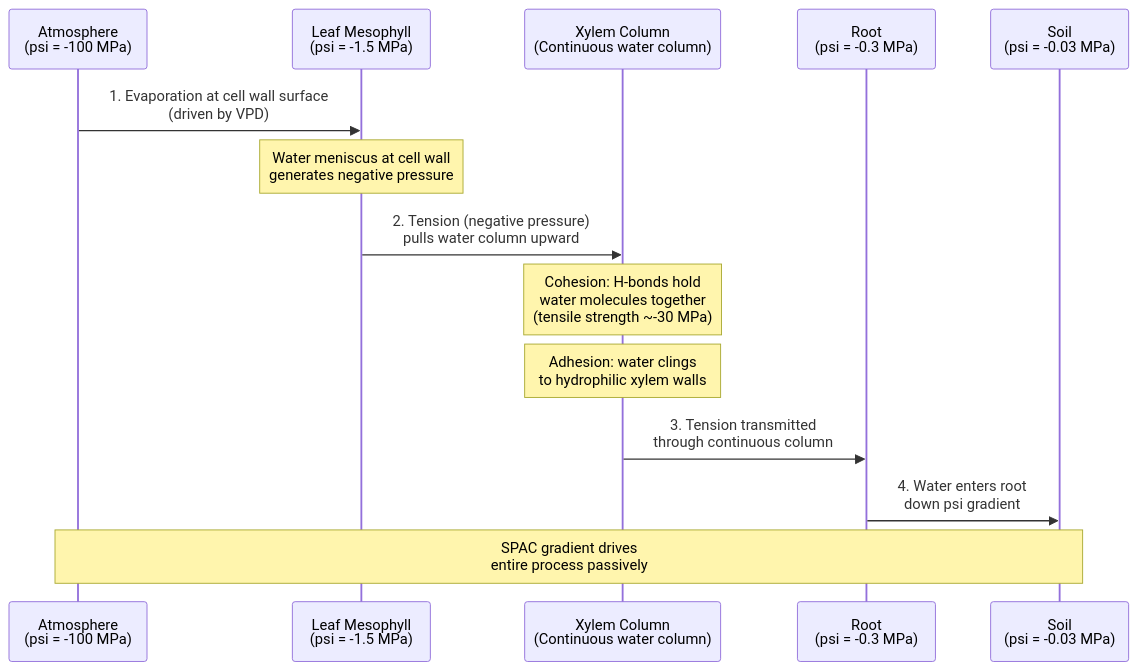
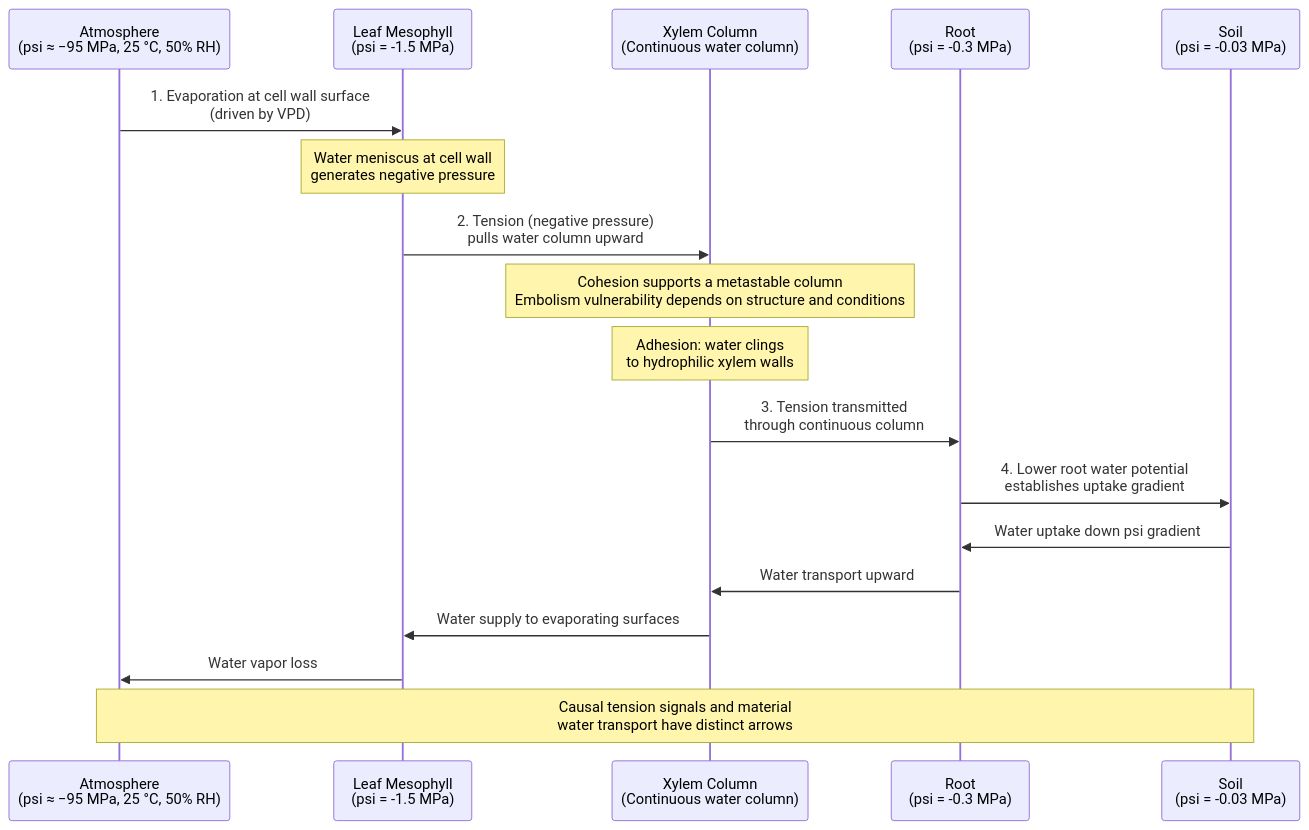
Before and after one commit to docxology/biology_textbook: the fourth of 6 diagrams in docs/manuscript/unit_VIII/plant_structure_and_water.md, drawn with Mermaid. The commit also changed other lines of this file and 444 other files, not shown here.

````diff
--- a/docs/manuscript/unit_VIII/plant_structure_and_water.md
+++ b/docs/manuscript/unit_VIII/plant_structure_and_water.md
@@ -406,17 +408,21 @@
 ```mermaid
 sequenceDiagram
-    participant Atm as Atmosphere<br/>(psi = -100 MPa)
+    participant Atm as Atmosphere<br/>(psi ≈ −95 MPa, 25 °C, 50% RH)
     participant Leaf as Leaf Mesophyll<br/>(psi = -1.5 MPa)
     participant Xylem as Xylem Column<br/>(Continuous water column)
     participant Root as Root<br/>(psi = -0.3 MPa)
     participant Soil as Soil<br/>(psi = -0.03 MPa)
 
     Atm->>Leaf: 1. Evaporation at cell wall surface<br/>(driven by VPD)
     Note over Leaf: Water meniscus at cell wall<br/>generates negative pressure
     Leaf->>Xylem: 2. Tension (negative pressure)<br/>pulls water column upward
-    Note over Xylem: Cohesion: H-bonds hold<br/>water molecules together<br/>(tensile strength ~-30 MPa)
+    Note over Xylem: Cohesion supports a metastable column<br/>Embolism vulnerability depends on structure and conditions
     Note over Xylem: Adhesion: water clings<br/>to hydrophilic xylem walls
     Xylem->>Root: 3. Tension transmitted<br/>through continuous column
-    Root->>Soil: 4. Water enters root<br/>down psi gradient
-    Note over Soil,Atm: SPAC gradient drives<br/>entire process passively
+    Root->>Soil: 4. Lower root water potential<br/>establishes uptake gradient
+    Soil->>Root: Water uptake down psi gradient
+    Root->>Xylem: Water transport upward
+    Xylem->>Leaf: Water supply to evaporating surfaces
+    Leaf->>Atm: Water vapor loss
+    Note over Soil,Atm: Causal tension signals and material<br/>water transport have distinct arrows
 ```
````
